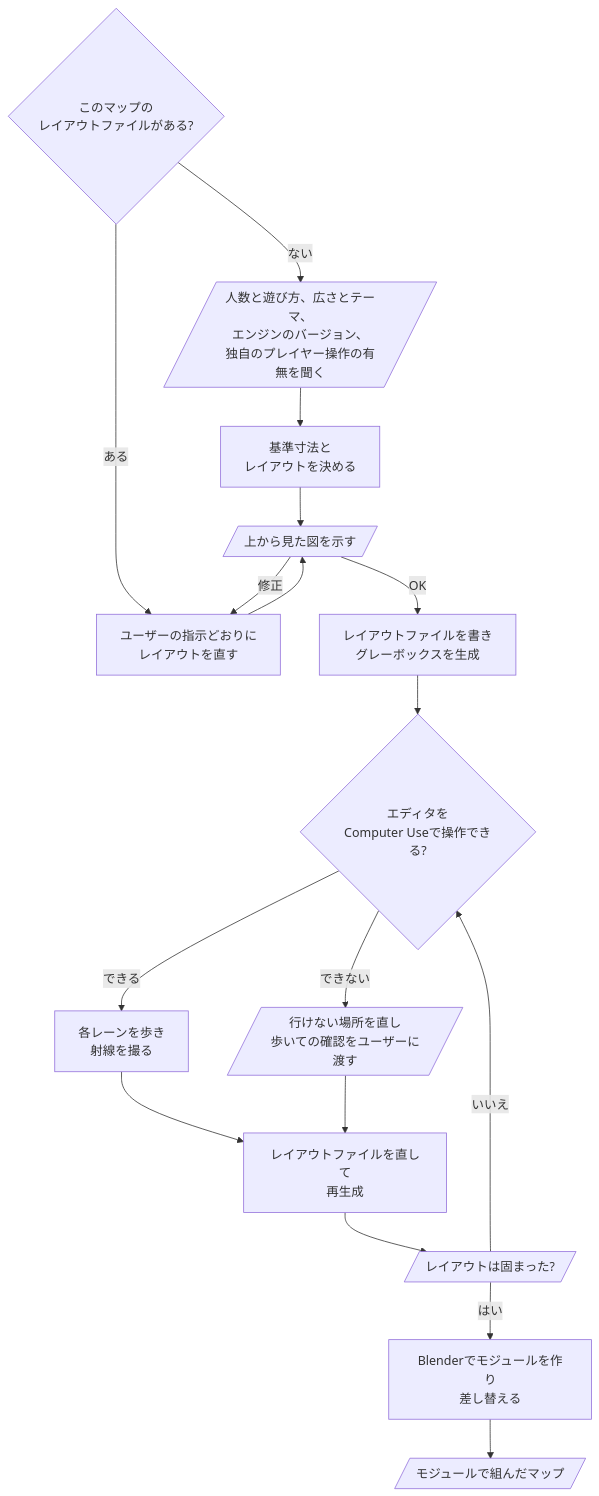
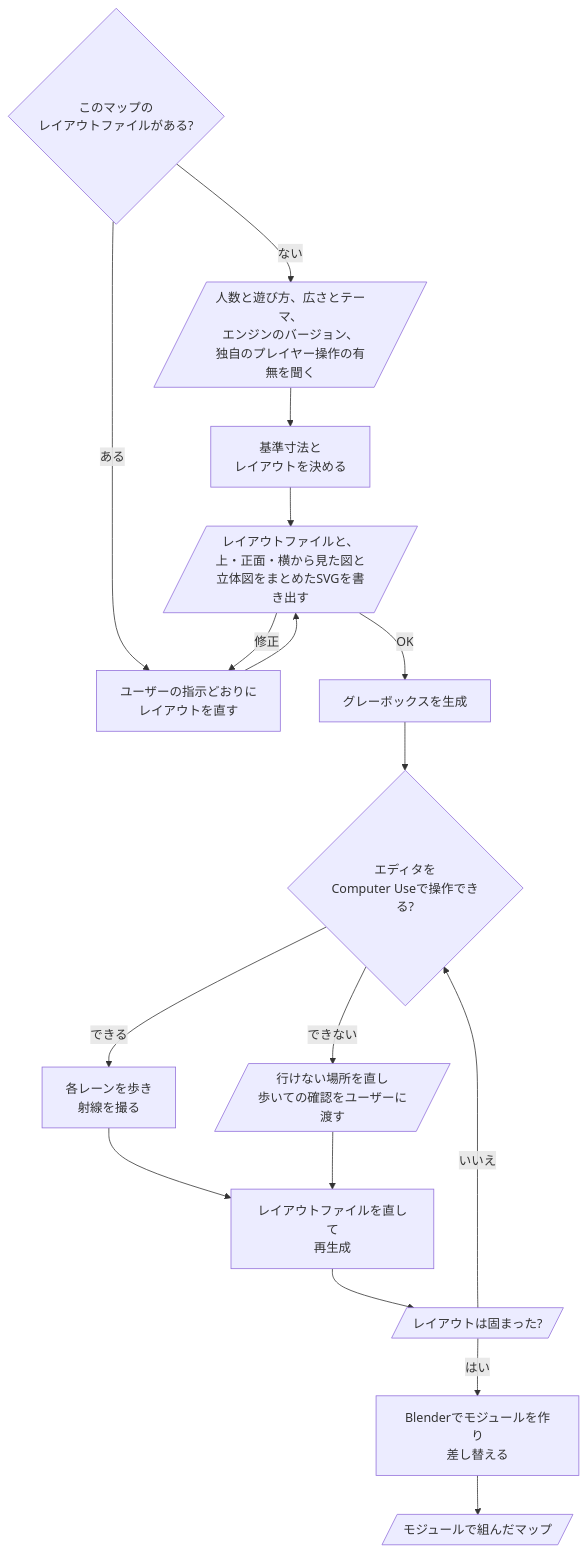
Before and after one commit to omni-stove/skill-kit: the diagram in domains/game/skills/map/README.ja.md, drawn with Mermaid. The commit also changed 10 other files, not shown here.

````diff
--- a/domains/game/skills/map/README.ja.md
+++ b/domains/game/skills/map/README.ja.md
@@ -3,20 +3,20 @@
 ```mermaid
 flowchart TD
   exists{このマップの<br/>レイアウトファイルがある?}
   exists -- "ない" --> ask[/人数と遊び方、広さとテーマ、<br/>エンジンのバージョン、<br/>独自のプレイヤー操作の有無を聞く/]
   ask --> layout[基準寸法と<br/>レイアウトを決める]
   exists -- "ある" --> edit[ユーザーの指示どおりに<br/>レイアウトを直す]
-  layout --> top[/上から見た図を示す/]
+  layout --> top[/レイアウトファイルと、上・正面・横から見た図と<br/>立体図をまとめたSVGを書き出す/]
   edit --> top
   top -- "修正" --> edit
-  top -- "OK" --> build[レイアウトファイルを書き<br/>グレーボックスを生成]
+  top -- "OK" --> build[グレーボックスを生成]
   build --> how{エディタを<br/>Computer Useで操作できる?}
   how -- "できる" --> walk[各レーンを歩き<br/>射線を撮る]
   how -- "できない" --> hand[/行けない場所を直し<br/>歩いての確認をユーザーに渡す/]
   walk --> fix[レイアウトファイルを直して<br/>再生成]
   hand --> fix
   fix --> settled[/レイアウトは固まった?/]
   settled -- "いいえ" --> how
   settled -- "はい" --> art[Blenderでモジュールを作り<br/>差し替える]
   art --> done[/モジュールで組んだマップ/]
 ```
````
